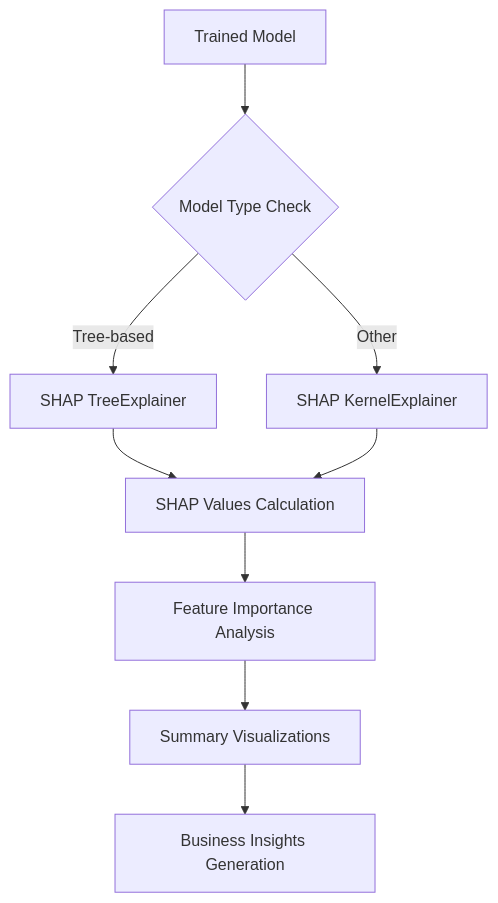
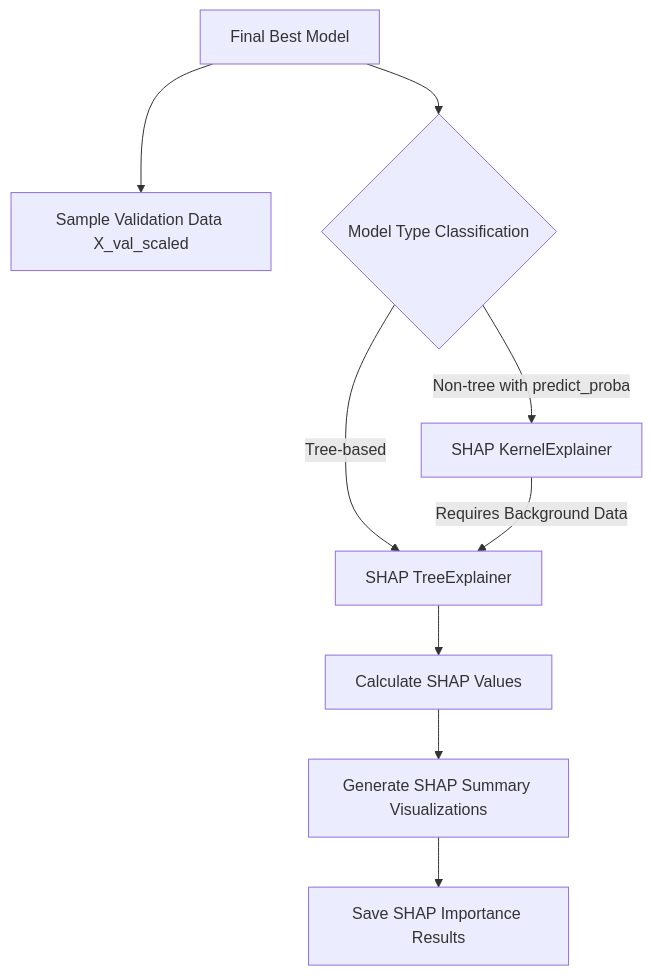
Before and after one commit to ShayNeeo/confess-crush: the eighth of 9 diagrams in question.md, drawn with Mermaid. The commit also changed other lines of this file, not shown here.

````diff
--- a/question.md
+++ b/question.md
@@ -140,11 +214,11 @@
 ```mermaid
 graph TD
-    A[Trained Model] --> B{Model Type Check}
-    B -->|Tree-based| C[SHAP TreeExplainer]
-    B -->|Other| D[SHAP KernelExplainer]
-    C --> E[SHAP Values Calculation]
-    D --> E
-    E --> F[Feature Importance Analysis]
-    F --> G[Summary Visualizations]
-    G --> H[Business Insights Generation]
+    A[Final Best Model] --> B[Sample Validation Data X_val_scaled];
+    A --> C{Model Type Classification};
+    C -- Tree-based --> D[SHAP TreeExplainer];
+    C -- Non-tree with predict_proba --> E[SHAP KernelExplainer];
+    E -- Requires Background Data --> D;
+    D --> F[Calculate SHAP Values];
+    F --> G[Generate SHAP Summary Visualizations];
+    G --> H[Save SHAP Importance Results];
 ```
````
